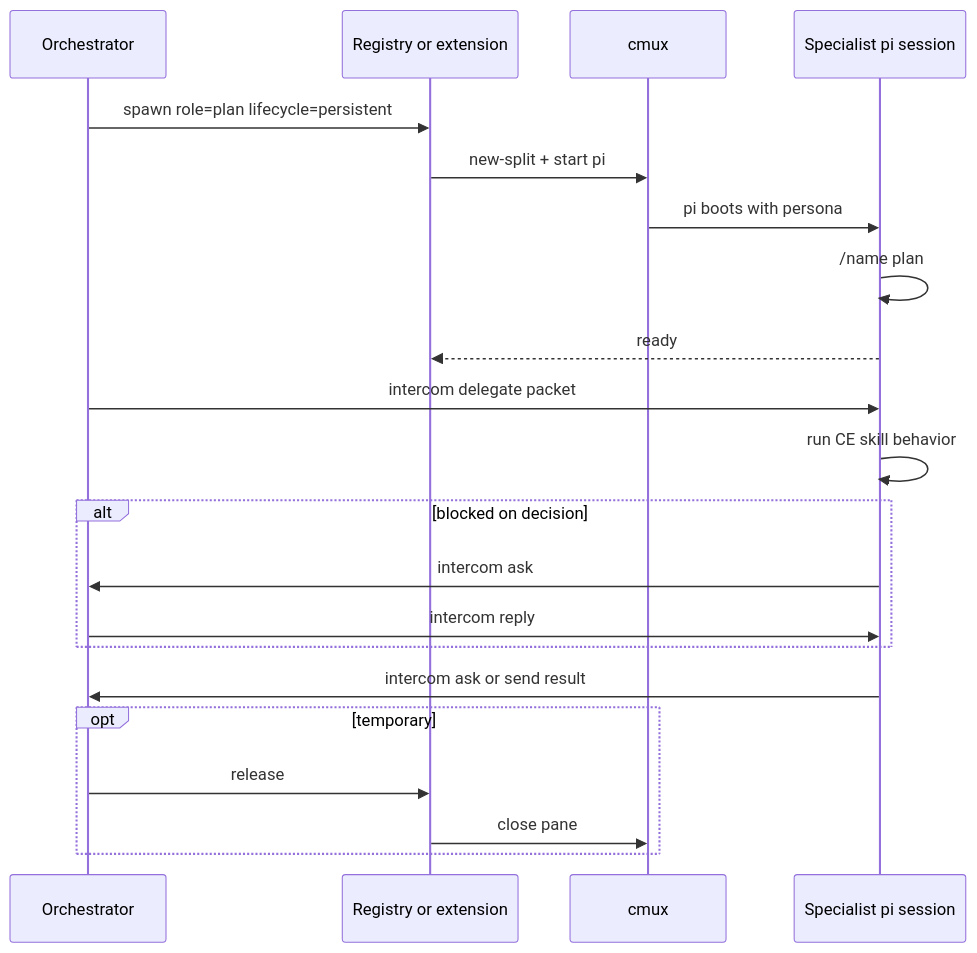
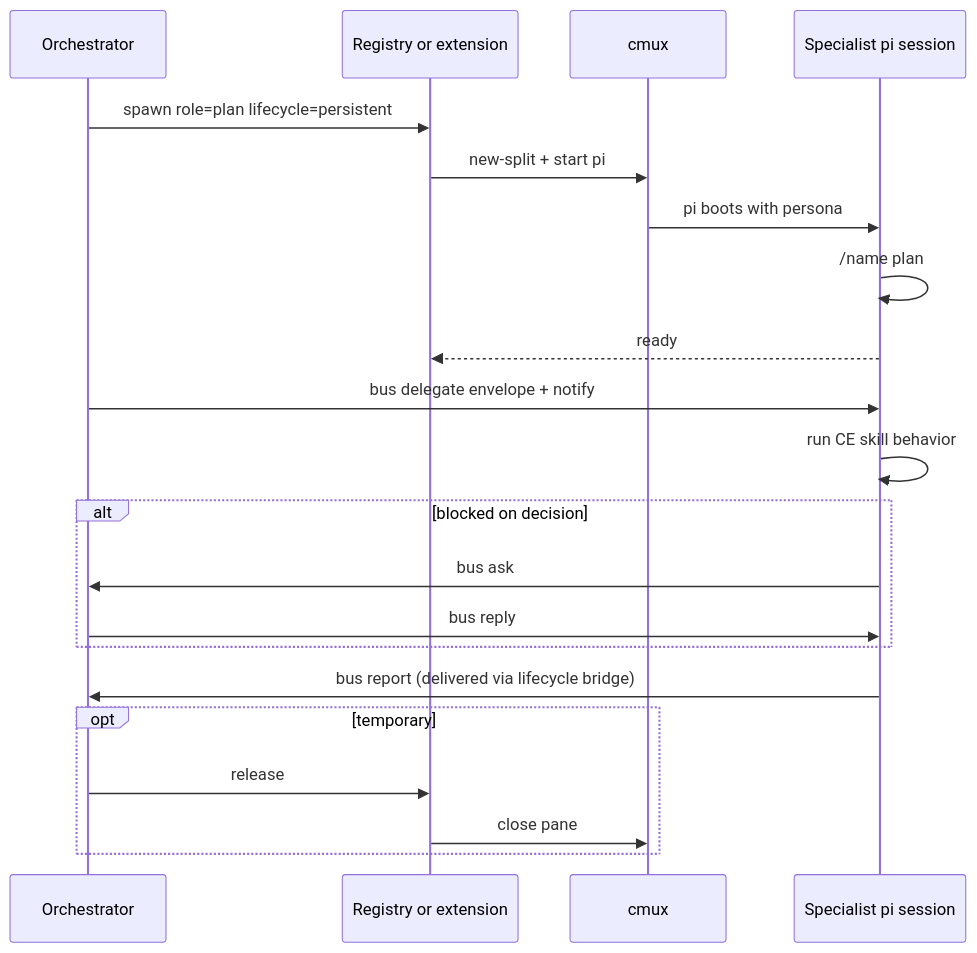
Before and after one commit to tejasghutukade/pi-multi-agency: the sixth of 10 diagrams in docs/architecture.md, drawn with Mermaid. The commit also changed other lines of this file and 13 other files, not shown here.

First line of the commit message:
Ship Orchestrator hub lock and lifecycle bridge (v0.3).

````diff
--- a/docs/architecture.md
+++ b/docs/architecture.md
@@ -384,24 +481,24 @@
 ```mermaid
 sequenceDiagram
     participant O as Orchestrator
     participant R as Registry or extension
     participant C as cmux
     participant S as Specialist pi session
 
     O->>R: spawn role=plan lifecycle=persistent
     R->>C: new-split + start pi
     C->>S: pi boots with persona
     S->>S: /name plan
     S-->>R: ready
-    O->>S: intercom delegate packet
+    O->>S: bus delegate envelope + notify
     S->>S: run CE skill behavior
     alt blocked on decision
-        S->>O: intercom ask
-        O->>S: intercom reply
+        S->>O: bus ask
+        O->>S: bus reply
     end
-    S->>O: intercom ask or send result
+    S->>O: bus report (delivered via lifecycle bridge)
     opt temporary
         O->>R: release
         R->>C: close pane
     end
 ```
````
